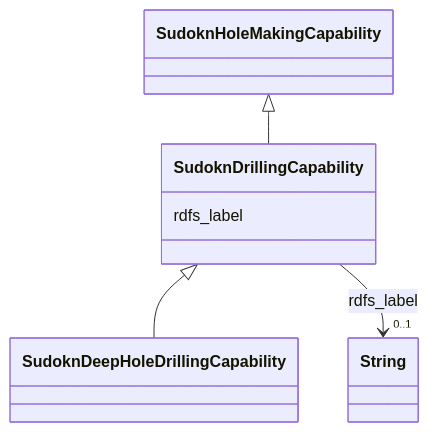
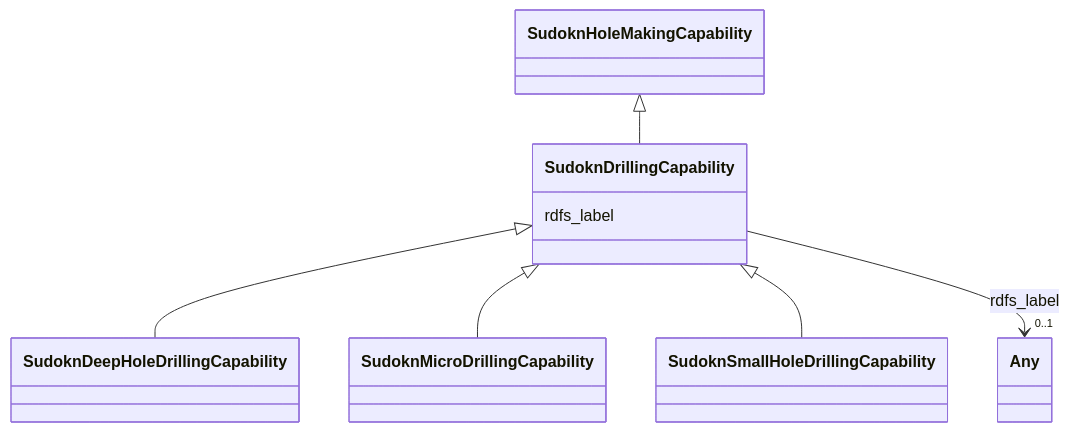
The diagram in sudokn-kg/classes/SudoknDrillingCapability.md (frink-okn/graph-descriptions), drawn with Mermaid before and after one commit. The commit also changed other lines of this file and 903 other files, not shown here.

````diff
--- a/sudokn-kg/classes/SudoknDrillingCapability.md
+++ b/sudokn-kg/classes/SudoknDrillingCapability.md
@@ -23,23 +18,27 @@
 ```mermaid
  classDiagram
     class SudoknDrillingCapability
     click SudoknDrillingCapability href "../SudoknDrillingCapability"
       SudoknHoleMakingCapability <|-- SudoknDrillingCapability
         click SudoknHoleMakingCapability href "../SudoknHoleMakingCapability"
       
 
       SudoknDrillingCapability <|-- SudoknDeepHoleDrillingCapability
         click SudoknDeepHoleDrillingCapability href "../SudoknDeepHoleDrillingCapability"
+      SudoknDrillingCapability <|-- SudoknMicroDrillingCapability
+        click SudoknMicroDrillingCapability href "../SudoknMicroDrillingCapability"
+      SudoknDrillingCapability <|-- SudoknSmallHoleDrillingCapability
+        click SudoknSmallHoleDrillingCapability href "../SudoknSmallHoleDrillingCapability"
       
       
       SudoknDrillingCapability : rdfs_label
         
           
     
     
-    SudoknDrillingCapability --> "0..1" String : rdfs_label
-    click String href "../String"
+    SudoknDrillingCapability --> "0..1" Any : rdfs_label
+    click Any href "../Any"
 
         
       
 ```
````
